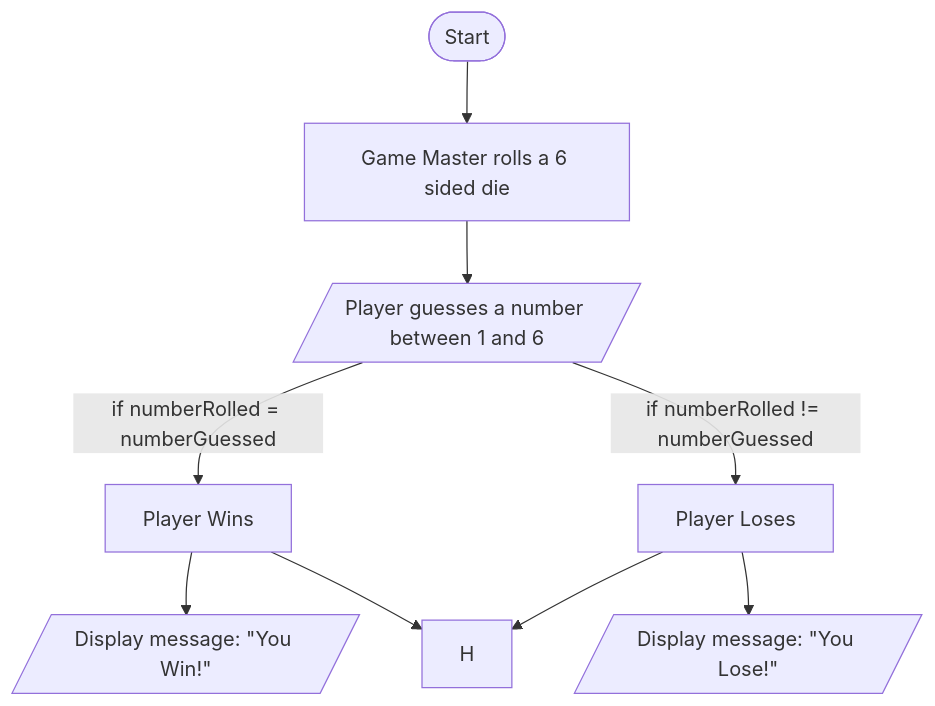
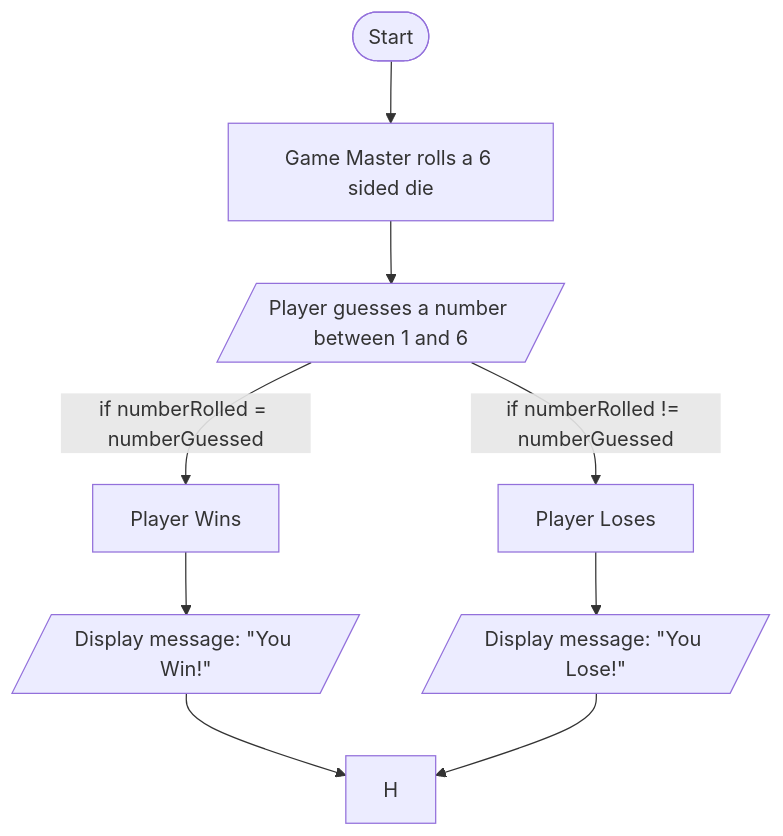
One commit to caelliott2552/caelliott2552.github.io changed the diagram in Guessing.md. Above: the diagram before and after it, drawn with Mermaid.

Commit message:
Update Guessing.md
Making code more readable.

````diff
--- a/Guessing.md
+++ b/Guessing.md
@@ -1,11 +1,11 @@
 ```mermaid
 graph TD;
     A([Start])-->B[Game Master rolls a 6 sided die];
-    B[Game Master rolls a 6 sided die]-->C[/Player guesses a number between 1 and 6/];
-    C[/Player guesses a number between 1 and 6/]-- if numberRolled = numberGuessed -->D[Player Wins];
-    C[/Player guesses a number between 1 and 6/]-- if numberRolled != numberGuessed -->E[Player Loses];
-    D[Player Wins]-->F[/Display message: "You Win!"/];
-    E[Player Loses]-->G[/Display message: "You Lose!"/];
-    D-->H;
-    E-->H;
+    B-->C[/Player guesses a number between 1 and 6/];
+    C-- if numberRolled = numberGuessed -->D[Player Wins];
+    C-- if numberRolled != numberGuessed -->E[Player Loses];
+    D-->F[/Display message: "You Win!"/];
+    E-->G[/Display message: "You Lose!"/];
+    F-->H;
+    G-->H;
 ```
````
